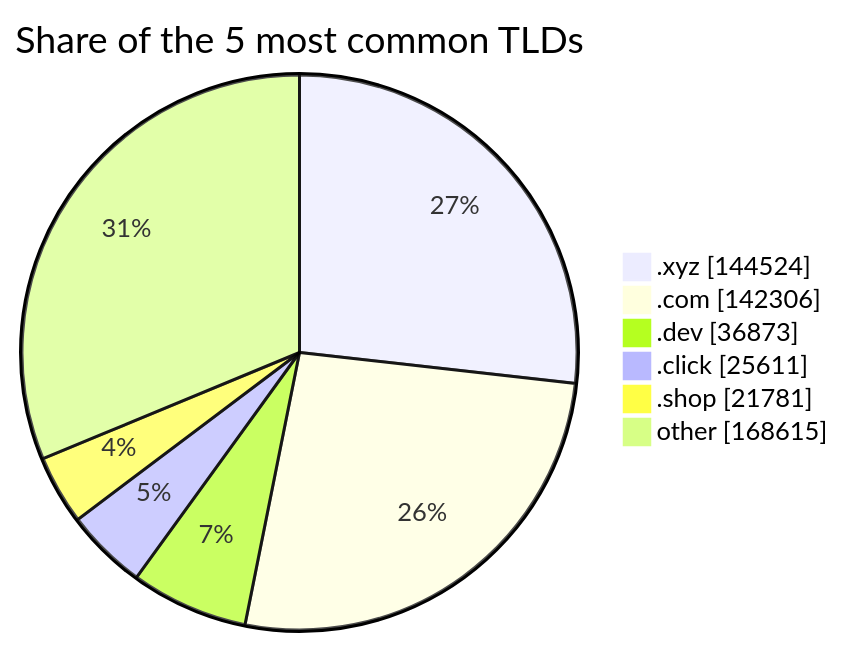
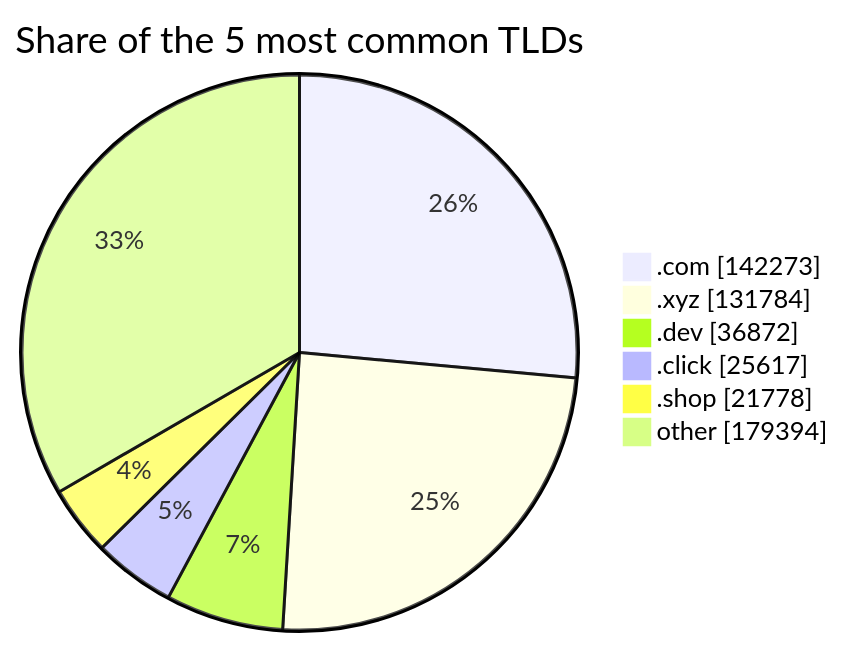
Before and after one commit to DNSBunker/CTI: the third of 3 diagrams in README.md, drawn with Mermaid. The commit also changed other lines of this file and 3 other files, not shown here.

````diff
--- a/README.md
+++ b/README.md
@@ -81,9 +81,9 @@
 ```mermaid
 pie showData title Share of the 5 most common TLDs
-    ".xyz" : 144524
-    ".com" : 142306
-    ".dev" : 36873
-    ".click" : 25611
-    ".shop" : 21781
-    "other" : 168615
+    ".com" : 142273
+    ".xyz" : 131784
+    ".dev" : 36872
+    ".click" : 25617
+    ".shop" : 21778
+    "other" : 179394
 ```
````
